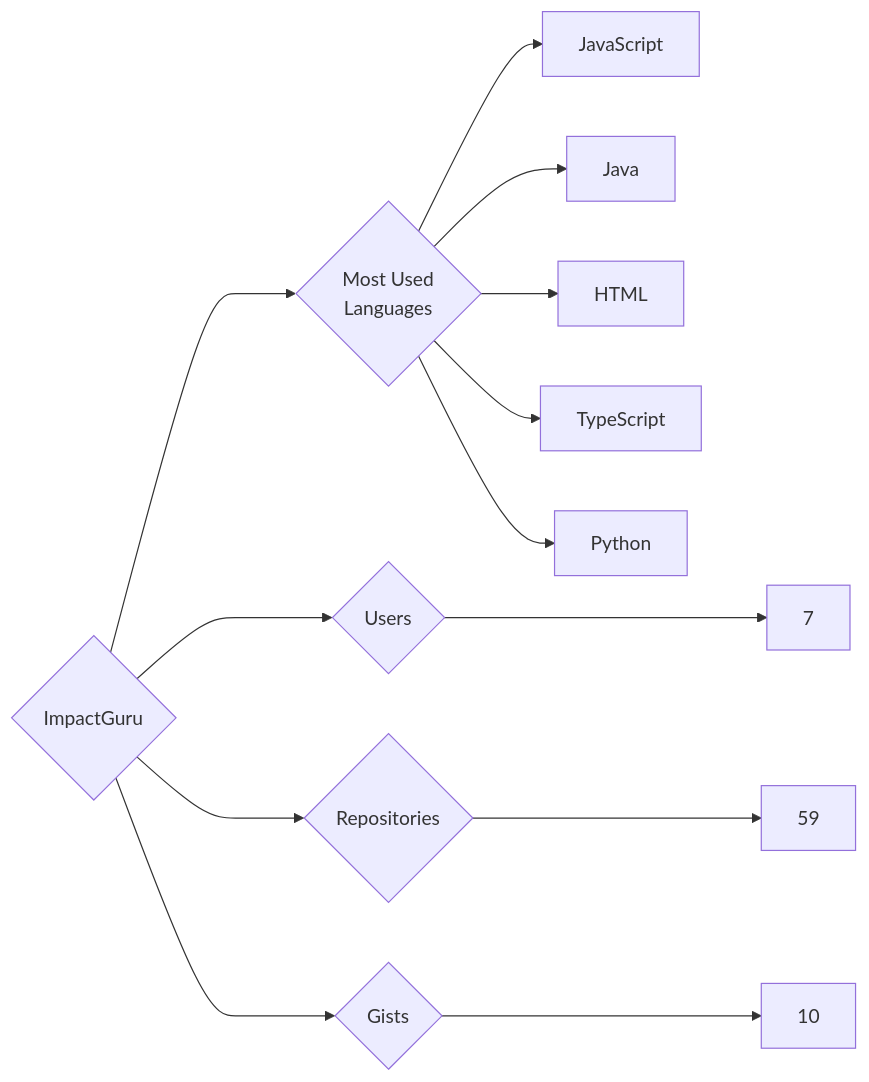
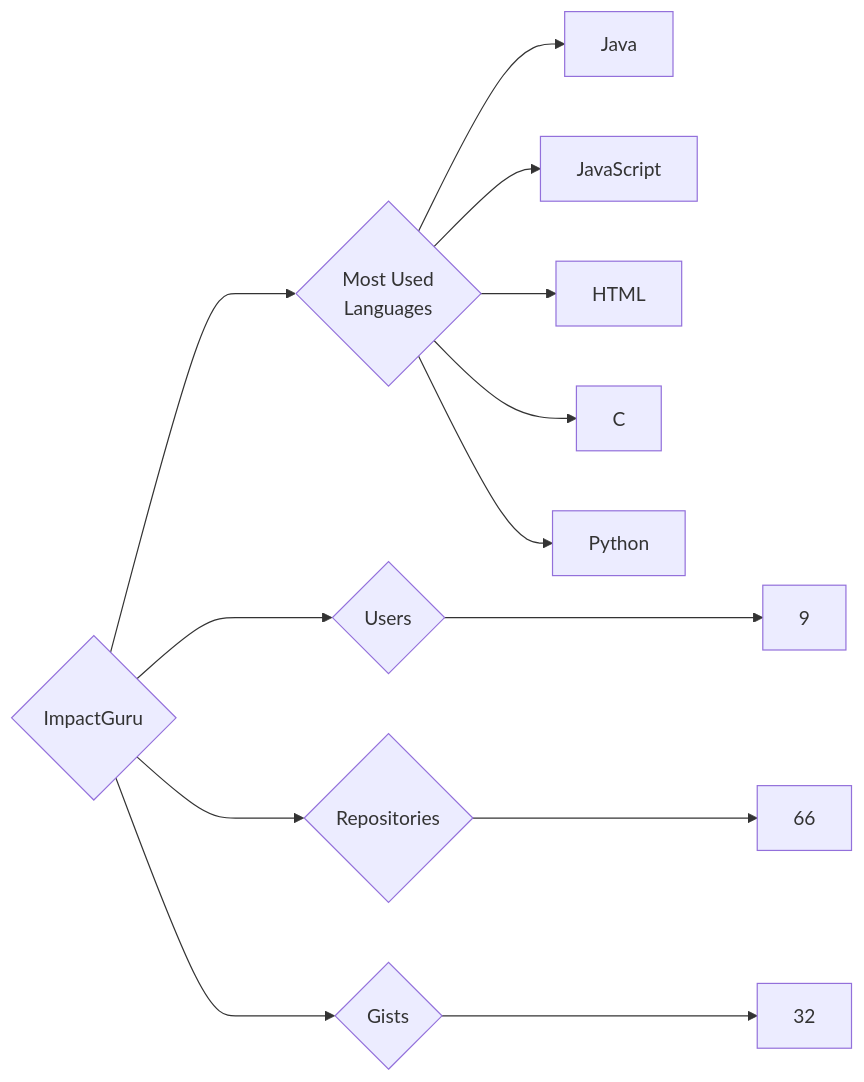
One commit to trickest/insiders changed the diagram in targets/ImpactGuru/README.md. Above: the diagram before and after it, drawn with Mermaid. The commit also changed 1141 other files, not shown here.

````diff
--- a/targets/ImpactGuru/README.md
+++ b/targets/ImpactGuru/README.md
@@ -3,13 +3,13 @@
 ```mermaid
 graph LR
 COMPANY_NAME{ImpactGuru}
-COMPANY_NAME ---> U{Users} ---> UN[7]
-COMPANY_NAME ---> R{Repositories} ---> RN[59]
-COMPANY_NAME ---> G{Gists} ---> GN[10]
+COMPANY_NAME ---> U{Users} ---> UN[9]
+COMPANY_NAME ---> R{Repositories} ---> RN[66]
+COMPANY_NAME ---> G{Gists} ---> GN[32]
 COMPANY_NAME ---> ML{Most Used<br>Languages}
+ML --> Java[Java]
 ML --> JavaScript[JavaScript]
-ML --> Java[Java]
 ML --> HTML[HTML]
-ML --> TypeScript[TypeScript]
+ML --> C[C]
 ML --> Python[Python]
 ```
````
